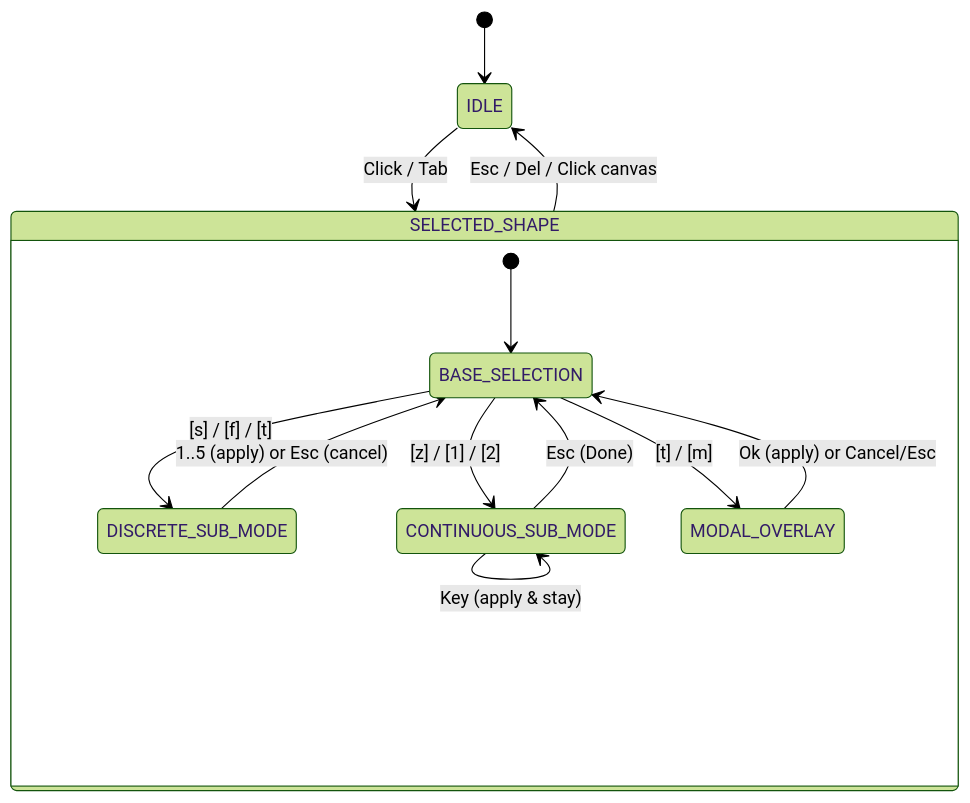
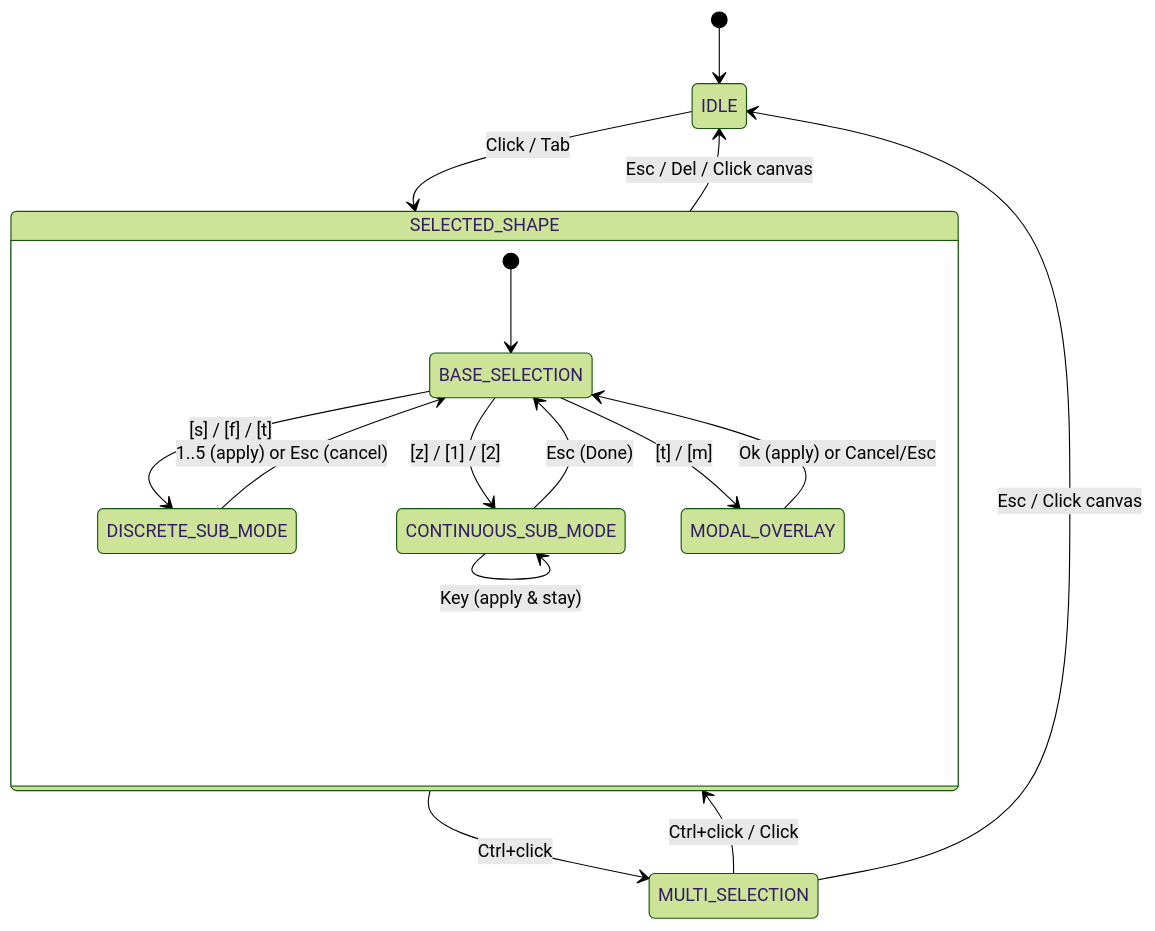
One commit to andresmoschini/monospace changed the diagram in docs/contextual-ui.md. Above: the diagram before and after it, drawn with Mermaid (forest theme). The commit also changed other lines of this file and 1 other file, not shown here.

First line of the commit message:
docs: describe the multi-selection and its inert bar

````diff
--- a/docs/contextual-ui.md
+++ b/docs/contextual-ui.md
@@ -161,19 +161,22 @@
 ```mermaid
 stateDiagram-v2
     [*] --> IDLE
     IDLE --> SELECTED_SHAPE: Click / Tab
     SELECTED_SHAPE --> IDLE: Esc / Del / Click canvas
+    SELECTED_SHAPE --> MULTI_SELECTION: Ctrl+click
+    MULTI_SELECTION --> SELECTED_SHAPE: Ctrl+click / Click
+    MULTI_SELECTION --> IDLE: Esc / Click canvas
 
     state SELECTED_SHAPE {
         [*] --> BASE_SELECTION
         BASE_SELECTION --> DISCRETE_SUB_MODE: [s] / [f] / [t]
         DISCRETE_SUB_MODE --> BASE_SELECTION: 1..5 (apply) or Esc (cancel)
 
         BASE_SELECTION --> CONTINUOUS_SUB_MODE: [z] / [1] / [2]
         CONTINUOUS_SUB_MODE --> CONTINUOUS_SUB_MODE: Key (apply & stay)
         CONTINUOUS_SUB_MODE --> BASE_SELECTION: Esc (Done)
 
         BASE_SELECTION --> MODAL_OVERLAY: [t] / [m]
         MODAL_OVERLAY --> BASE_SELECTION: Ok (apply) or Cancel/Esc
     }
 ```
````
